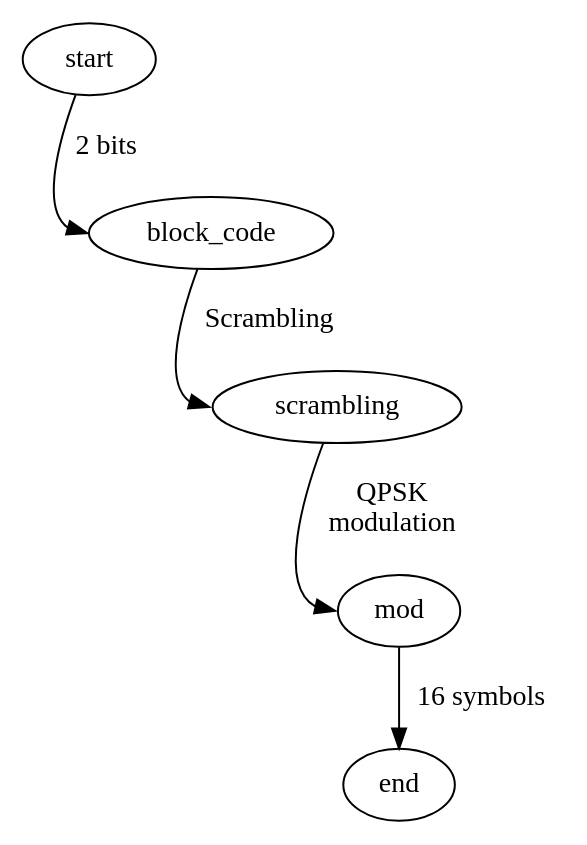
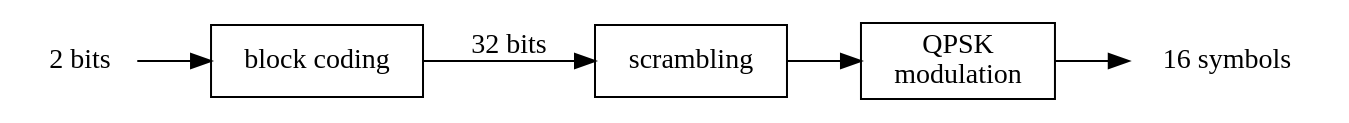
Before and after one commit to shakaxi/shakaxi.github.io: the diagram in lte_pcfich.org, drawn with Graphviz. The commit also changed other lines of this file and 9 other files, not shown here.

```diff
--- a/lte_pcfich.org
+++ b/lte_pcfich.org
@@ -7,9 +7,15 @@
 #+BEGIN_SRC dot :file pcfich.png
   digraph A
   {
-	  start -> block_code:w [label="2 bits"];
-	  block_code -> scrambling:w [label="Scrambling"];
-	  scrambling -> mod:w [label="QPSK\nmodulation"];
-	  mod -> end [label="16 symbols"];
+	  rankdir=LR;
+	  node [shape=box];
+	  start [shape=plaintext, label="2 bits"];
+          end [shape=plaintext, label = "16 symbols"];
+          block_code [label="block coding"];
+          mod [label="QPSK\nmodulation"]
+	  start -> block_code:w;
+	  block_code:e -> scrambling:w [label="32 bits"];
+	  scrambling:e -> mod:w;
+	  mod:e -> end;
   }
 #+END_SRC
```
